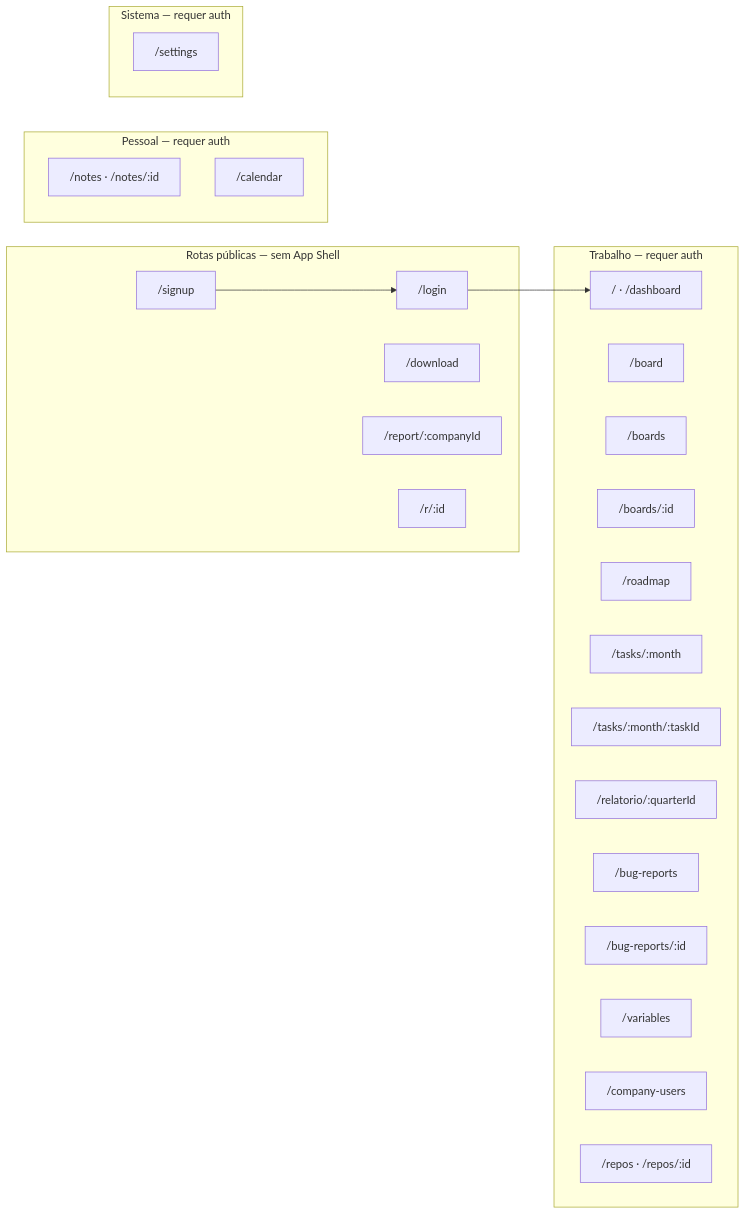
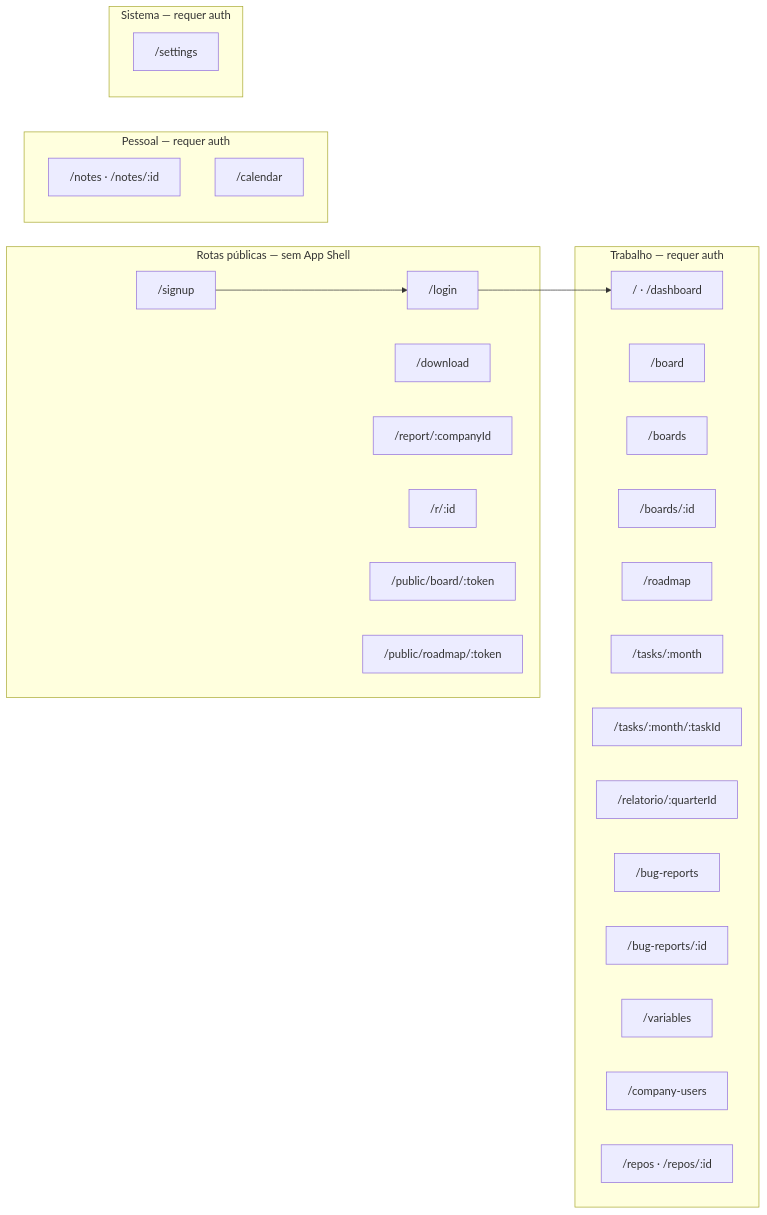
The diagram in docs/screens.md (Os-Guri-Do-Agro/workflow-web), drawn with Mermaid before and after one commit. The commit also changed other lines of this file and 33 other files, not shown here.

````diff
--- a/docs/screens.md
+++ b/docs/screens.md
@@ -7,38 +7,40 @@
 ```mermaid
 flowchart LR
   subgraph public [Rotas públicas — sem App Shell]
     Login["/login"]
     Signup["/signup"]
     Download["/download"]
     BugPublic["/report/:companyId"]
     BugStatus["/r/:id"]
+    PublicBoard["/public/board/:token"]
+    PublicRoadmap["/public/roadmap/:token"]
   end
 
   subgraph work [Trabalho — requer auth]
     Dash["/ · /dashboard"]
     Board["/board"]
     CanvasList["/boards"]
     CanvasDet["/boards/:id"]
     Roadmap["/roadmap"]
     Tasks["/tasks/:month"]
     TaskDet["/tasks/:month/:taskId"]
     Report["/relatorio/:quarterId"]
     BugList["/bug-reports"]
     BugDet["/bug-reports/:id"]
     Vars["/variables"]
     Users["/company-users"]
     Repos["/repos · /repos/:id"]
   end
 
   subgraph personal [Pessoal — requer auth]
     Notes["/notes · /notes/:id"]
     Cal["/calendar"]
   end
 
   subgraph config [Sistema — requer auth]
     Settings["/settings"]
   end
 
   Login --> Dash
   Signup --> Login
 ```
````
